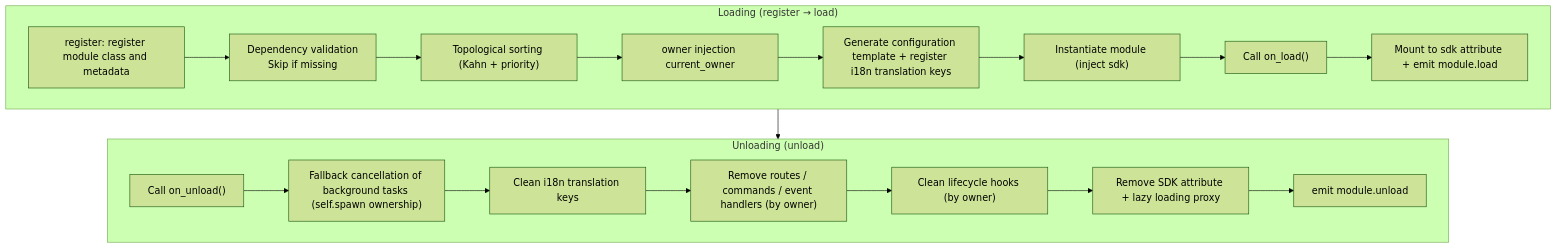
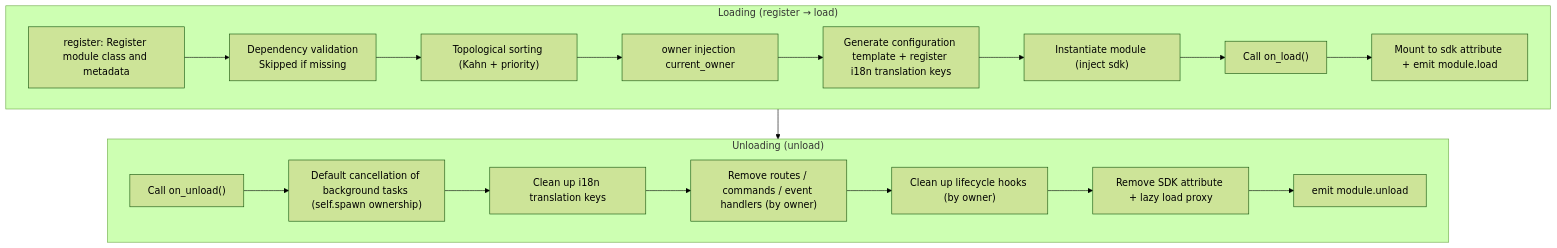
The diagram in docs/en/developer-guide/modules/core-concepts.md (ErisPulse/ErisPulse), drawn with Mermaid (forest theme) before and after one commit. The commit also changed other lines of this file and 299 other files, not shown here.

````diff
--- a/docs/en/developer-guide/modules/core-concepts.md
+++ b/docs/en/developer-guide/modules/core-concepts.md
@@ -90,23 +90,23 @@
 ```mermaid
 flowchart TD
     subgraph Load["Loading (register → load)"]
-        L1["register: register module class and metadata"] --> L2["Dependency validation<br/>Skip if missing"]
+        L1["register: Register module class and metadata"] --> L2["Dependency validation<br/>Skipped if missing"]
         L2 --> L3["Topological sorting (Kahn + priority)"]
         L3 --> L4["owner injection current_owner"]
         L4 --> L5["Generate configuration template + register i18n translation keys"]
         L5 --> L6["Instantiate module (inject sdk)"]
         L6 --> L7["Call on_load()"]
         L7 --> L8["Mount to sdk attribute + emit module.load"]
     end
 
     subgraph Unload["Unloading (unload)"]
-        U1["Call on_unload()"] --> U2["Fallback cancellation of background tasks (self.spawn ownership)"]
-        U2 --> U3["Clean i18n translation keys"]
+        U1["Call on_unload()"] --> U2["Default cancellation of background tasks (self.spawn ownership)"]
+        U2 --> U3["Clean up i18n translation keys"]
         U3 --> U4["Remove routes / commands / event handlers (by owner)"]
-        U4 --> U5["Clean lifecycle hooks (by owner)"]
-        U5 --> U6["Remove SDK attribute + lazy loading proxy"]
+        U4 --> U5["Clean up lifecycle hooks (by owner)"]
+        U5 --> U6["Remove SDK attribute + lazy load proxy"]
         U6 --> U7["emit module.unload"]
     end
 
     Load --> Unload
 ```
````
